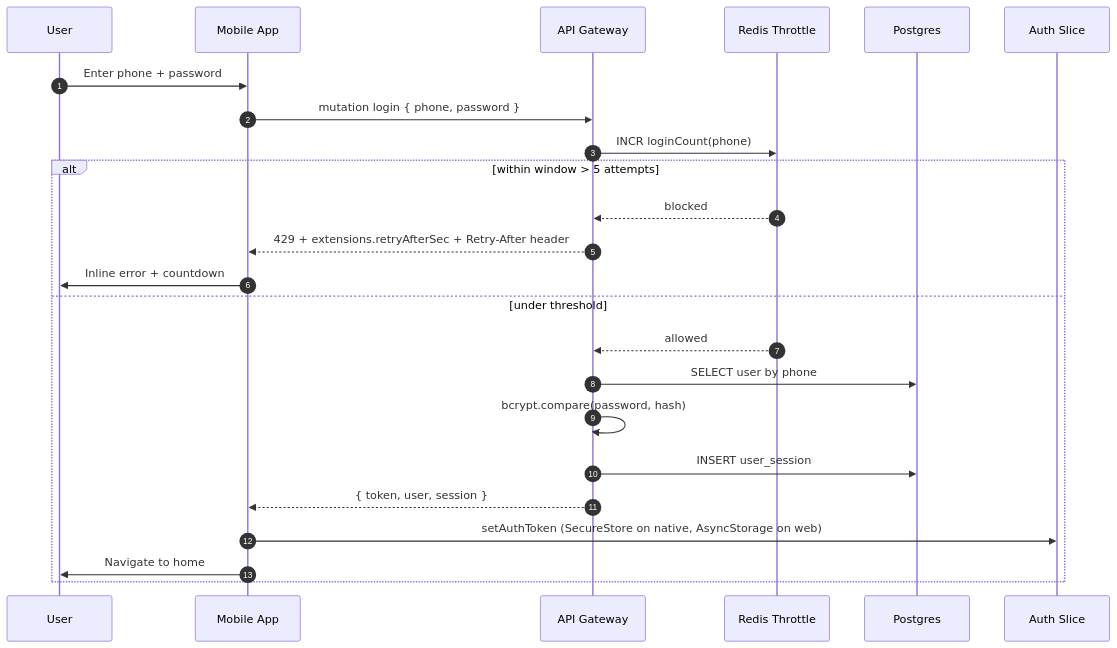
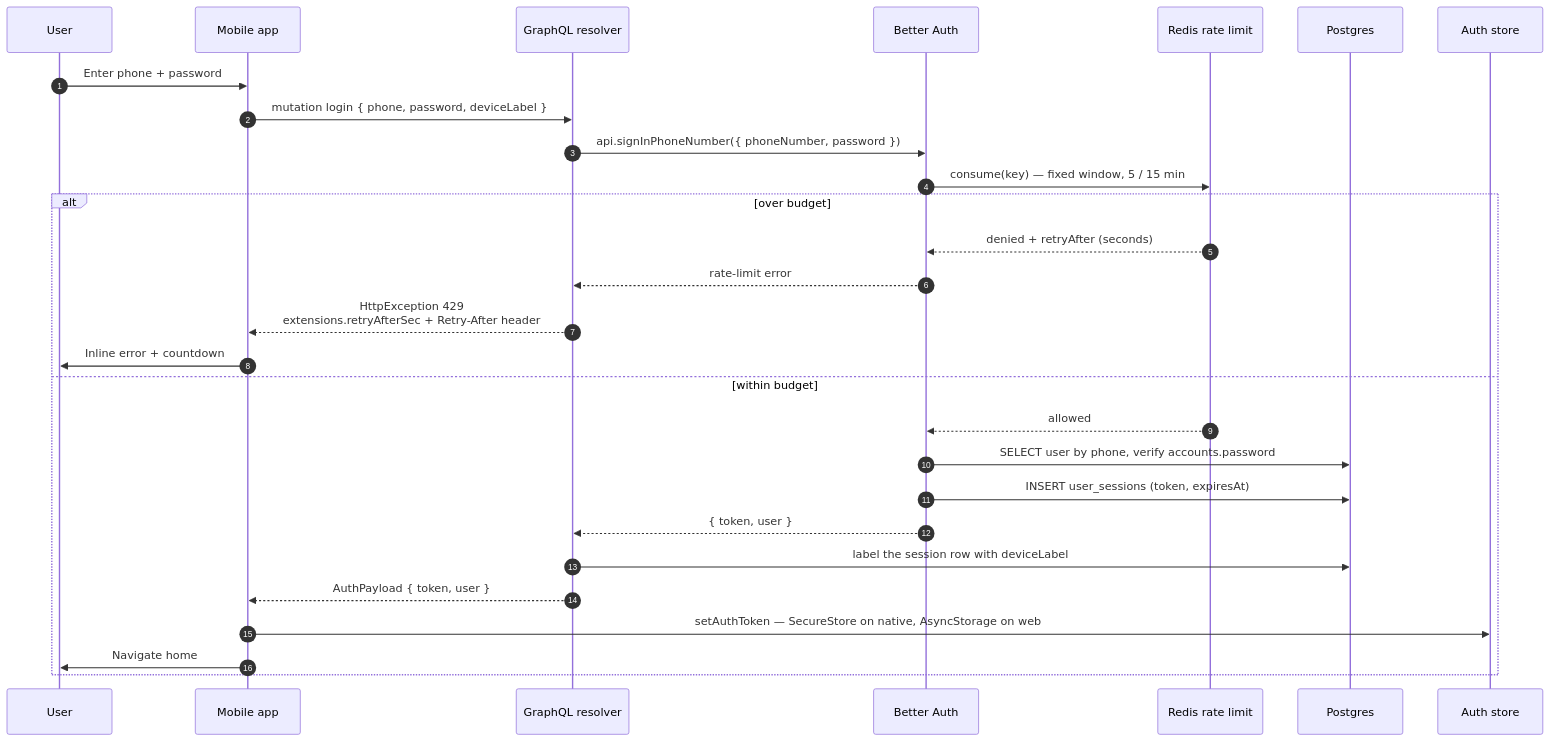
The first of 2 diagrams in docs/architecture/sequence-auth.md (vanTHkrab/BP-Monitor-Application), drawn with Mermaid before and after one commit. The commit also changed other lines of this file and 32 other files, not shown here.

First line of the commit message:
docs(web): correct every diagram against the code, add four

````diff
--- a/docs/architecture/sequence-auth.md
+++ b/docs/architecture/sequence-auth.md
@@ -19,27 +26,32 @@
 ```mermaid
 sequenceDiagram
     autonumber
     participant U as User
-    participant App as Mobile App
-    participant GW as API Gateway
-    participant Throttle as Redis Throttle
+    participant App as Mobile app
+    participant GW as GraphQL resolver
+    participant BA as Better Auth
+    participant RL as Redis rate limit
     participant PG as Postgres
-    participant Store as Auth Slice
+    participant Store as Auth store
 
     U->>App: Enter phone + password
-    App->>GW: mutation login { phone, password }
-    GW->>Throttle: INCR loginCount(phone)
-    alt within window > 5 attempts
-        Throttle-->>GW: blocked
-        GW-->>App: 429 + extensions.retryAfterSec + Retry-After header
+    App->>GW: mutation login { phone, password, deviceLabel }
+    GW->>BA: api.signInPhoneNumber({ phoneNumber, password })
+    BA->>RL: consume(key) — fixed window, 5 / 15 min
+
+    alt over budget
+        RL-->>BA: denied + retryAfter (seconds)
+        BA-->>GW: rate-limit error
+        GW-->>App: HttpException 429<br/>extensions.retryAfterSec + Retry-After header
         App->>U: Inline error + countdown
-    else under threshold
-        Throttle-->>GW: allowed
-        GW->>PG: SELECT user by phone
-        GW->>GW: bcrypt.compare(password, hash)
-        GW->>PG: INSERT user_session
-        GW-->>App: { token, user, session }
-        App->>Store: setAuthToken (SecureStore on native, AsyncStorage on web)
-        App->>U: Navigate to home
+    else within budget
+        RL-->>BA: allowed
+        BA->>PG: SELECT user by phone, verify accounts.password
+        BA->>PG: INSERT user_sessions (token, expiresAt)
+        BA-->>GW: { token, user }
+        GW->>PG: label the session row with deviceLabel
+        GW-->>App: AuthPayload { token, user }
+        App->>Store: setAuthToken — SecureStore on native, AsyncStorage on web
+        App->>U: Navigate home
     end
 ```
````
